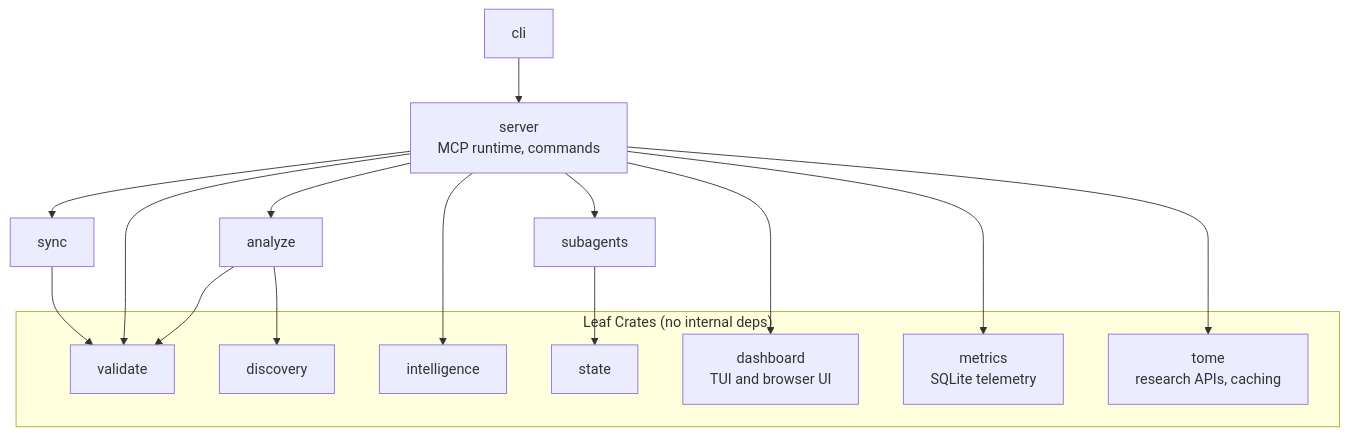
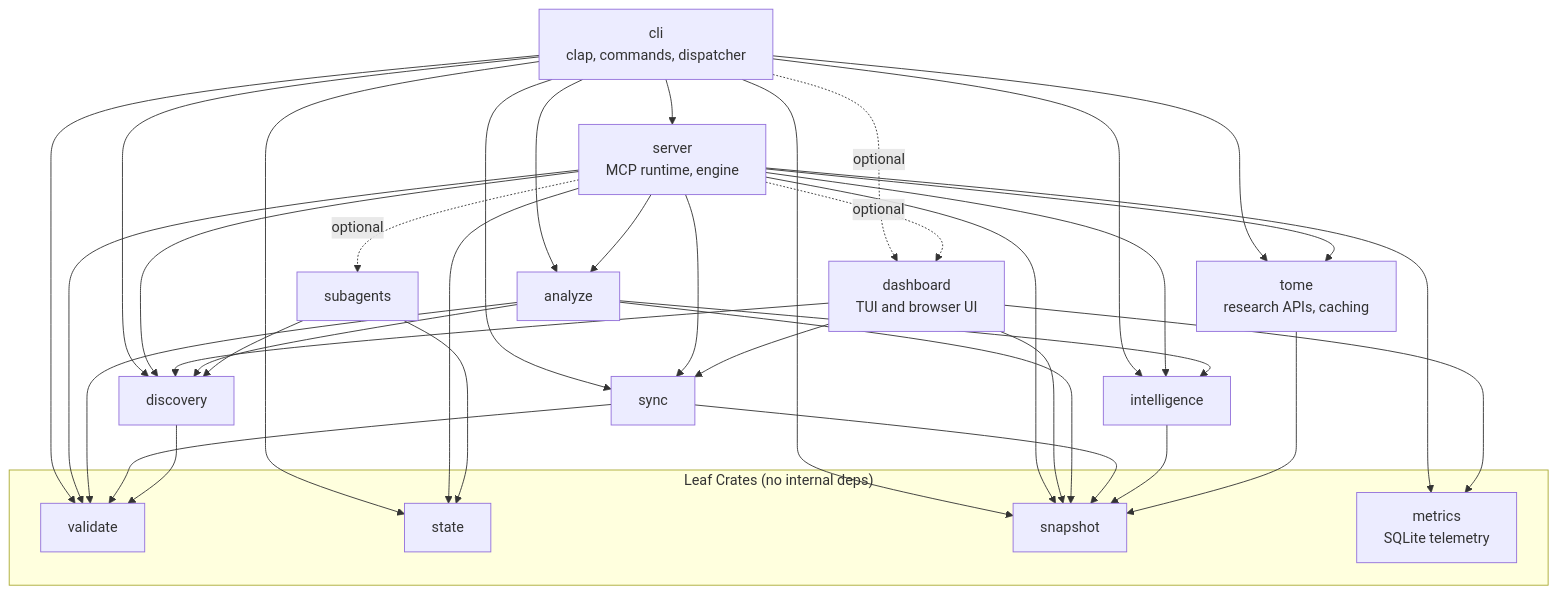
Before and after one commit to athola/skrills: the second of 2 diagrams in docs/architecture.md, drawn with Mermaid. The commit also changed other lines of this file and 312 other files, not shown here.

Commit message:
fix: close five RUSTSEC advisories (rmcp 3.4, rustls), mirror Cursor plugin trees, move the CLI out of skrills-server (#232)

````diff
--- a/docs/architecture.md
+++ b/docs/architecture.md
@@ -22,26 +25,31 @@
 ```mermaid
 graph TD
-    cli[cli] --> server[server<br/>MCP runtime, commands]
+    cli[cli<br/>clap, commands, dispatcher] --> server[server<br/>MCP runtime, engine]
+    cli --> sync & validate & analyze & intelligence
+    cli --> tome & discovery & state & snapshot
+    cli -. optional .-> dashboard
     server --> sync[sync]
     server --> validate[validate]
     server --> analyze[analyze]
     server --> intelligence[intelligence]
-    server --> subagents[subagents]
-    server --> dashboard[dashboard<br/>TUI and browser UI]
+    server --> discovery[discovery]
     server --> metrics[metrics<br/>SQLite telemetry]
     server --> tome[tome<br/>research APIs, caching]
-    sync --> validate
-    analyze --> validate
-    analyze --> discovery
-    subagents --> state[state]
+    server --> state & snapshot
+    server -. optional .-> subagents[subagents]
+    server -. optional .-> dashboard[dashboard<br/>TUI and browser UI]
+    dashboard --> metrics & discovery & sync & snapshot
+    analyze --> validate & discovery & intelligence & snapshot
+    sync --> validate & snapshot
+    discovery --> validate
+    subagents --> discovery & state
+    intelligence --> snapshot
+    tome --> snapshot
 
     subgraph leaf["Leaf Crates (no internal deps)"]
-        discovery[discovery]
-        intelligence
-        state
         validate
+        state[state]
         metrics
-        dashboard
-        tome
+        snapshot[snapshot]
     end
 ```
````
